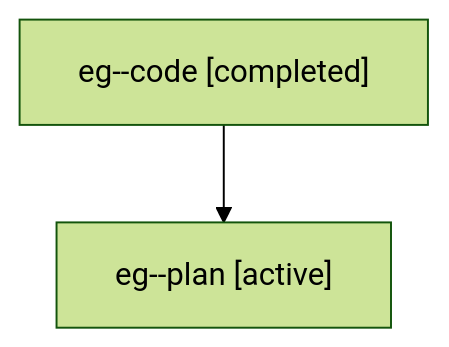
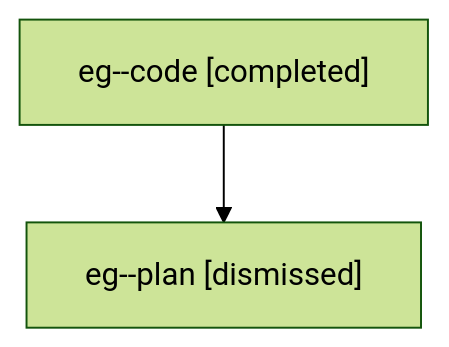
Before and after one commit to sase-org/sase--agents: the diagram in sessions/bbugyi200.athena.eg.md, drawn with Mermaid (forest theme). The commit also changed other lines of this file and 28 other files, not shown here.

````diff
--- a/sessions/bbugyi200.athena.eg.md
+++ b/sessions/bbugyi200.athena.eg.md
@@ -9,6 +9,6 @@
 ```mermaid
 flowchart TD
   n0["eg--code [completed]"]
-  n1["eg--plan [active]"]
+  n1["eg--plan [dismissed]"]
   n0 --> n1
 ```
````
